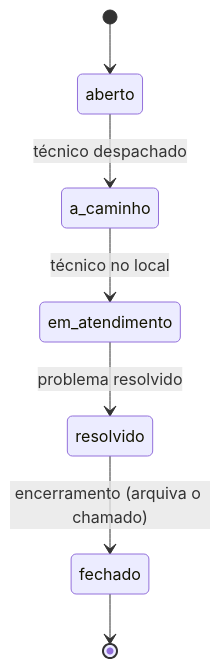
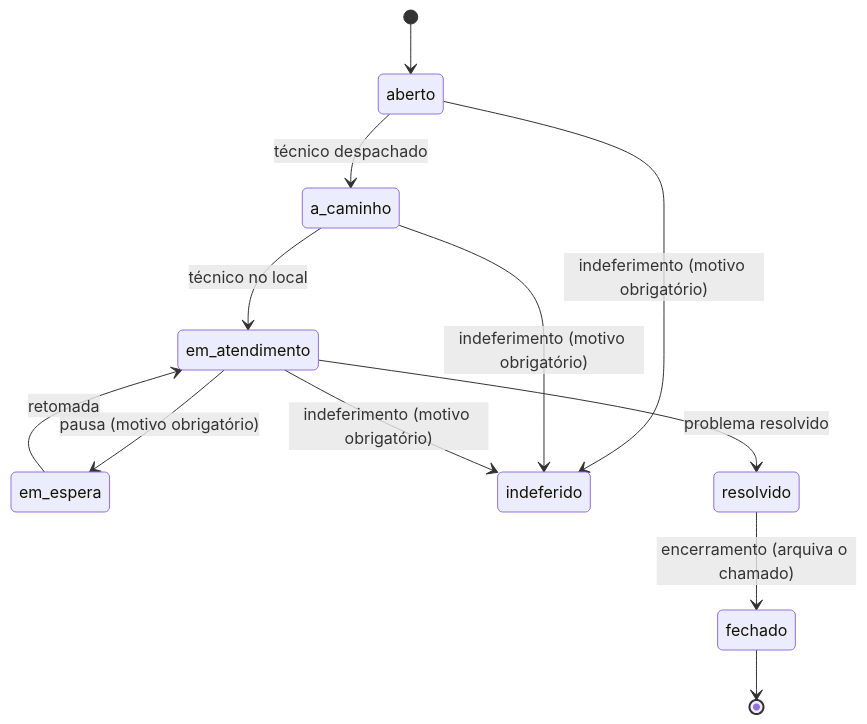
One commit to vihisantos/LabHub changed the first of 7 diagrams in docs/apps/chamados/workflows.md. Above: the diagram before and after it, drawn with Mermaid. The commit also changed other lines of this file and 15 other files, not shown here.

First line of the commit message:
docs(chamados): Em espera/Indeferimento com capturas reais e seed reprodutivel (#369) (#401)

````diff
--- a/docs/apps/chamados/workflows.md
+++ b/docs/apps/chamados/workflows.md
@@ -7,9 +7,14 @@
 ```mermaid
 stateDiagram-v2
     [*] --> aberto
     aberto --> a_caminho : técnico despachado
     a_caminho --> em_atendimento : técnico no local
+    em_atendimento --> em_espera : pausa (motivo obrigatório)
+    em_espera --> em_atendimento : retomada
+    aberto --> indeferido : indeferimento (motivo obrigatório)
+    a_caminho --> indeferido : indeferimento (motivo obrigatório)
+    em_atendimento --> indeferido : indeferimento (motivo obrigatório)
     em_atendimento --> resolvido : problema resolvido
     resolvido --> fechado : encerramento (arquiva o chamado)
     fechado --> [*]
 ```
````
